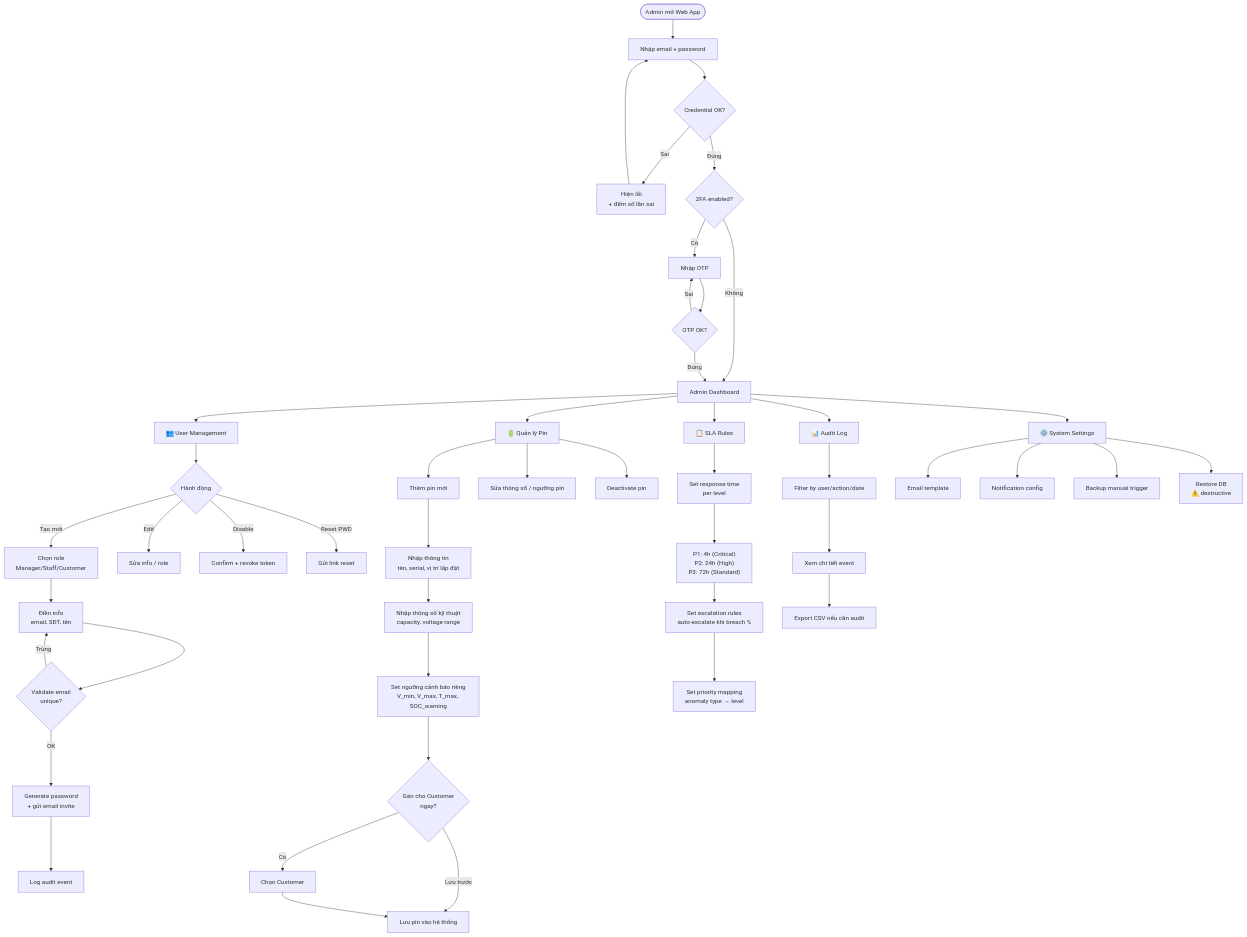
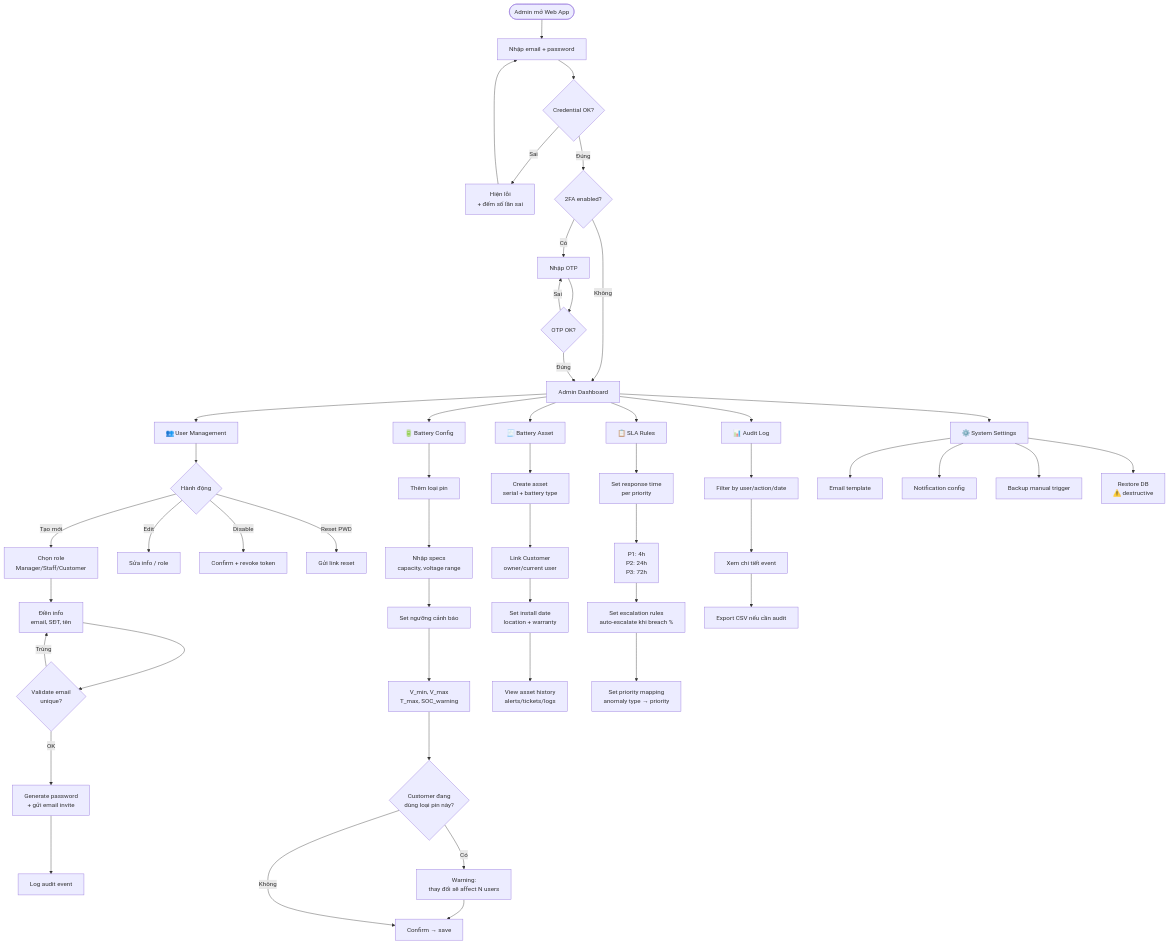
Before and after one commit to GSU26SE55/backend: the fifth of 8 diagrams in .claude/docs/core-business-flow.md, drawn with Mermaid. The commit also changed other lines of this file and 3 other files, not shown here.

````diff
--- a/.claude/docs/core-business-flow.md
+++ b/.claude/docs/core-business-flow.md
@@ -317,54 +338,58 @@
 ```mermaid
 flowchart TD
     Start([Admin mở Web App]) --> L1[Nhập email + password]
     L1 --> L2{Credential OK?}
     L2 -->|Sai| L3[Hiện lỗi<br/>+ đếm số lần sai] --> L1
     L2 -->|Đúng| L4{2FA enabled?}
     L4 -->|Có| L5[Nhập OTP]
     L4 -->|Không| Dashboard
     L5 --> L6{OTP OK?}
     L6 -->|Sai| L5
     L6 -->|Đúng| Dashboard[Admin Dashboard]
 
     Dashboard --> T1[👥 User Management]
-    Dashboard --> T2[🔋 Quản lý Pin]
+    Dashboard --> T2[🔋 Battery Config]
+    Dashboard --> T6[🧾 Battery Asset]
     Dashboard --> T3[📋 SLA Rules]
     Dashboard --> T4[📊 Audit Log]
     Dashboard --> T5[⚙️ System Settings]
 
     T1 --> U1{Hành động}
     U1 -->|Tạo mới| U2[Chọn role<br/>Manager/Staff/Customer]
     U2 --> U3[Điền info<br/>email, SĐT, tên]
     U3 --> U4{Validate email<br/>unique?}
     U4 -->|Trùng| U3
     U4 -->|OK| U5[Generate password<br/>+ gửi email invite]
     U5 --> U6[Log audit event]
     U1 -->|Edit| U7[Sửa info / role]
     U1 -->|Disable| U8[Confirm + revoke token]
     U1 -->|Reset PWD| U9[Gửi link reset]
 
-    T2 --> B1[Thêm pin mới]
-    B1 --> B2[Nhập thông tin<br/>tên, serial, vị trí lắp đặt]
-    B2 --> B3[Nhập thông số kỹ thuật<br/>capacity, voltage range]
-    B3 --> B4[Set ngưỡng cảnh báo riêng<br/>V_min, V_max, T_max, SOC_warning]
-    B4 --> B5{Gán cho Customer<br/>ngay?}
-    B5 -->|Có| B6[Chọn Customer]
-    B5 -->|Lưu trước| B7[Lưu pin vào hệ thống]
-    B6 --> B7
-    T2 --> B8[Sửa thông số / ngưỡng pin]
-    T2 --> B9[Deactivate pin]
+    T2 --> B1[Thêm loại pin]
+    B1 --> B2[Nhập specs<br/>capacity, voltage range]
+    B2 --> B3[Set ngưỡng cảnh báo]
+    B3 --> B4[V_min, V_max<br/>T_max, SOC_warning]
+    B4 --> B5{Customer đang<br/>dùng loại pin này?}
+    B5 -->|Có| B6[Warning:<br/>thay đổi sẽ affect N users]
+    B6 --> B7[Confirm → save]
+    B5 -->|Không| B7
 
-    T3 --> SR1[Set response time<br/>per level]
-    SR1 --> SR2["P1: 4h (Critical)<br/>P2: 24h (High)<br/>P3: 72h (Standard)"]
+    T6 --> BA1[Create asset<br/>serial + battery type]
+    BA1 --> BA2[Link Customer<br/>owner/current user]
+    BA2 --> BA3[Set install date<br/>location + warranty]
+    BA3 --> BA4[View asset history<br/>alerts/tickets/logs]
+
+    T3 --> SR1[Set response time<br/>per priority]
+    SR1 --> SR2[P1: 4h<br/>P2: 24h<br/>P3: 72h]
     SR2 --> SR3[Set escalation rules<br/>auto-escalate khi breach %]
-    SR3 --> SR4[Set priority mapping<br/>anomaly type → level]
+    SR3 --> SR4[Set priority mapping<br/>anomaly type → priority]
 
     T4 --> AL1[Filter by user/action/date]
     AL1 --> AL2[Xem chi tiết event]
     AL2 --> AL3[Export CSV nếu cần audit]
 
     T5 --> SY1[Email template]
     T5 --> SY2[Notification config]
     T5 --> SY3[Backup manual trigger]
     T5 --> SY4[Restore DB<br/>⚠️ destructive]
 ```
````
